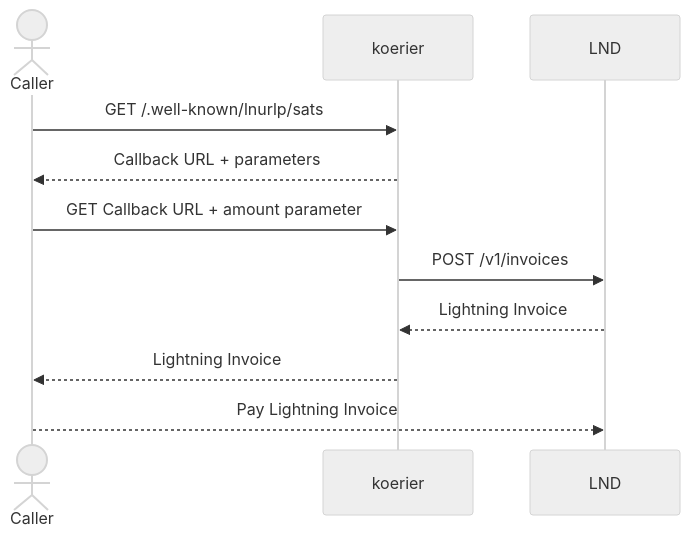
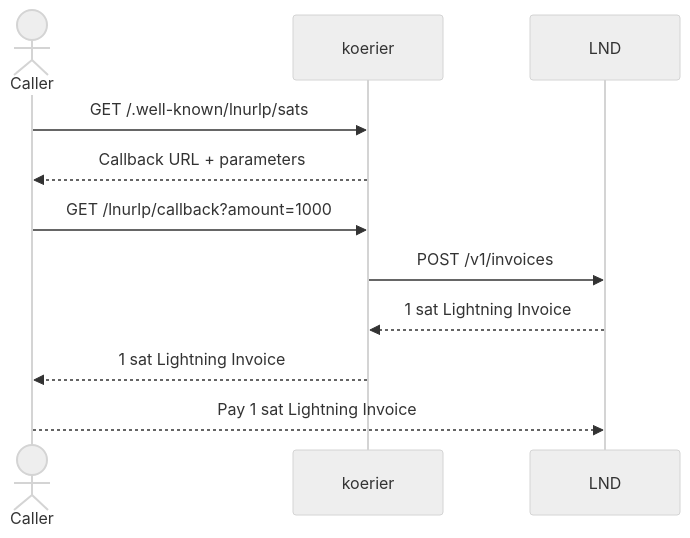
Before and after one commit to luisschwab/koerier: the diagram in README.md, drawn with Mermaid (neutral theme). The commit also changed other lines of this file, not shown here.

````diff
--- a/README.md
+++ b/README.md
@@ -121,20 +121,20 @@
 ```mermaid
 sequenceDiagram
     actor Caller
     participant koerier
     participant LND
 
     Caller->>koerier: GET /.well-known/lnurlp/sats
 
     koerier-->>Caller: Callback URL + parameters
 
-    Caller->>koerier: GET Callback URL + amount parameter
+    Caller->>koerier: GET /lnurlp/callback?amount=1000
 
     koerier->>LND: POST /v1/invoices
 
-    LND-->>koerier: Lightning Invoice
+    LND-->>koerier: 1 sat Lightning Invoice
 
-    koerier-->>Caller: Lightning Invoice
+    koerier-->>Caller: 1 sat Lightning Invoice
 
-    Caller-->>LND: Pay Lightning Invoice
+    Caller-->>LND: Pay 1 sat Lightning Invoice
 ```
````
